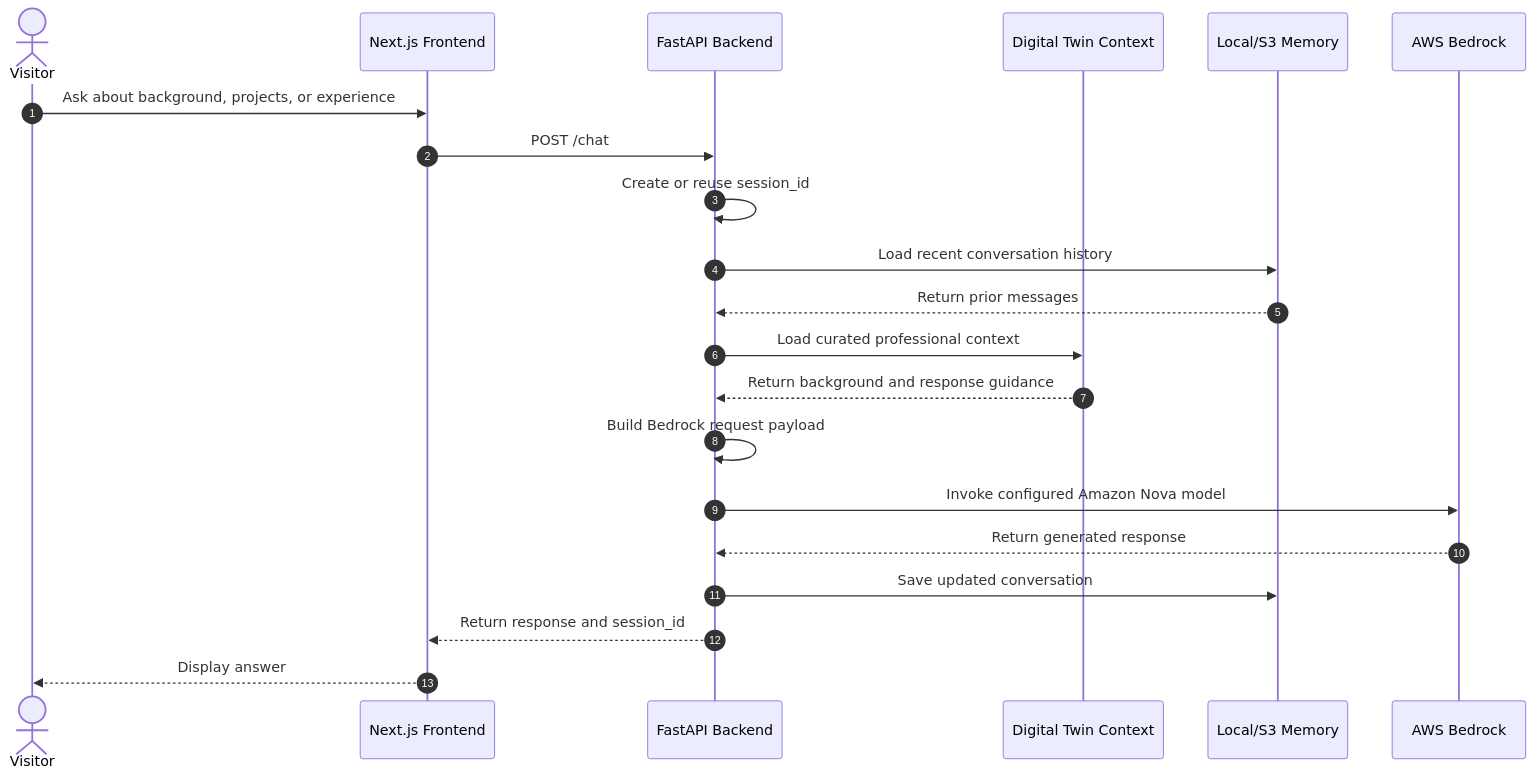
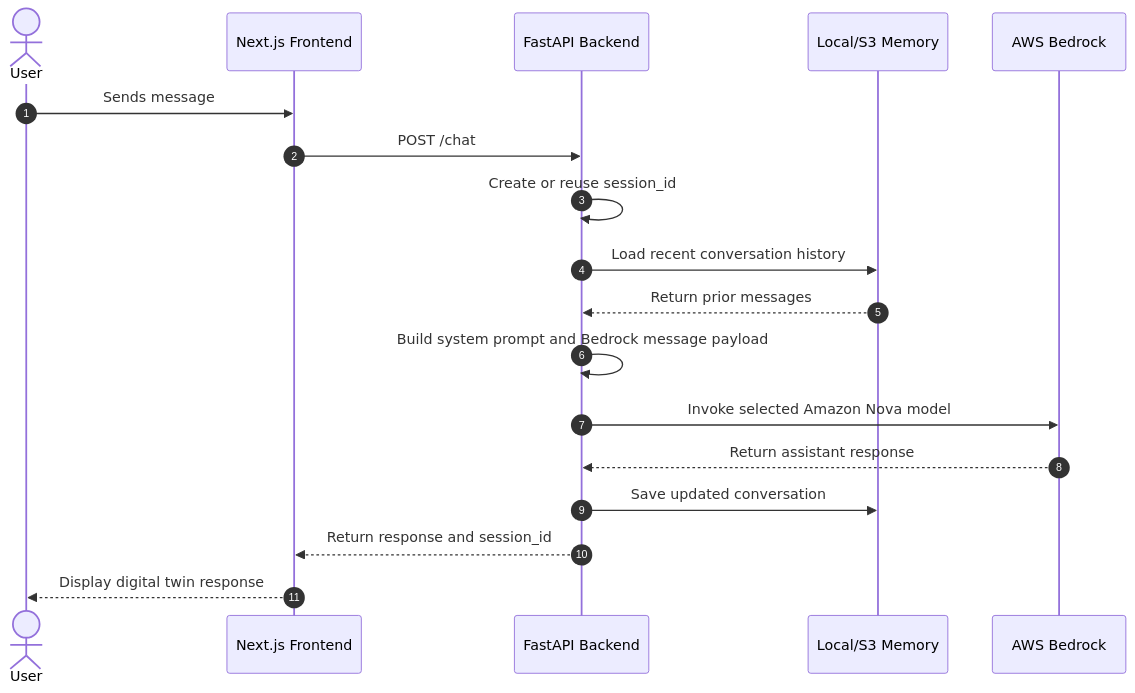
Before and after one commit to bkane56/twin: the second of 4 diagrams in README.md, drawn with Mermaid. The commit also changed other lines of this file and 15 other files, not shown here.

````diff
--- a/README.md
+++ b/README.md
@@ -76,24 +55,21 @@
 ```mermaid
 sequenceDiagram
     autonumber
-    actor User as Visitor
+    actor User
     participant UI as Next.js Frontend
     participant API as FastAPI Backend
-    participant Context as Digital Twin Context
     participant Memory as Local/S3 Memory
     participant Bedrock as AWS Bedrock
 
-    User->>UI: Ask about background, projects, or experience
+    User->>UI: Sends message
     UI->>API: POST /chat
     API->>API: Create or reuse session_id
     API->>Memory: Load recent conversation history
     Memory-->>API: Return prior messages
-    API->>Context: Load curated professional context
-    Context-->>API: Return background and response guidance
-    API->>API: Build Bedrock request payload
-    API->>Bedrock: Invoke configured Amazon Nova model
-    Bedrock-->>API: Return generated response
+    API->>API: Build system prompt and Bedrock message payload
+    API->>Bedrock: Invoke selected Amazon Nova model
+    Bedrock-->>API: Return assistant response
     API->>Memory: Save updated conversation
     API-->>UI: Return response and session_id
-    UI-->>User: Display answer
+    UI-->>User: Display digital twin response
 ```
````
